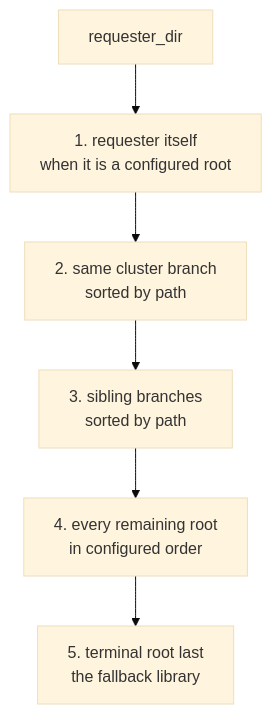
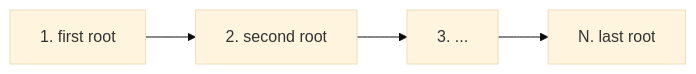
One commit to SorenHJohansen/sattline-parser changed the second of 7 diagrams in docs/project.md. Above: the diagram before and after it, drawn with Mermaid (base theme). The commit also changed other lines of this file and 15 other files, not shown here.

````diff
--- a/docs/project.md
+++ b/docs/project.md
@@ -61,8 +61,4 @@
 ```mermaid
-flowchart TB
-    R["requester_dir"] --> P1["1. requester itself<br/>when it is a configured root"]
-    P1 --> P2["2. same cluster branch<br/>sorted by path"]
-    P2 --> P3["3. sibling branches<br/>sorted by path"]
-    P3 --> P4["4. every remaining root<br/>in configured order"]
-    P4 --> P5["5. terminal root last<br/>the fallback library"]
+flowchart LR
+    R1["1. first root"] --> R2["2. second root"] --> R3["3. ..."] --> R4["N. last root"]
 ```
````
